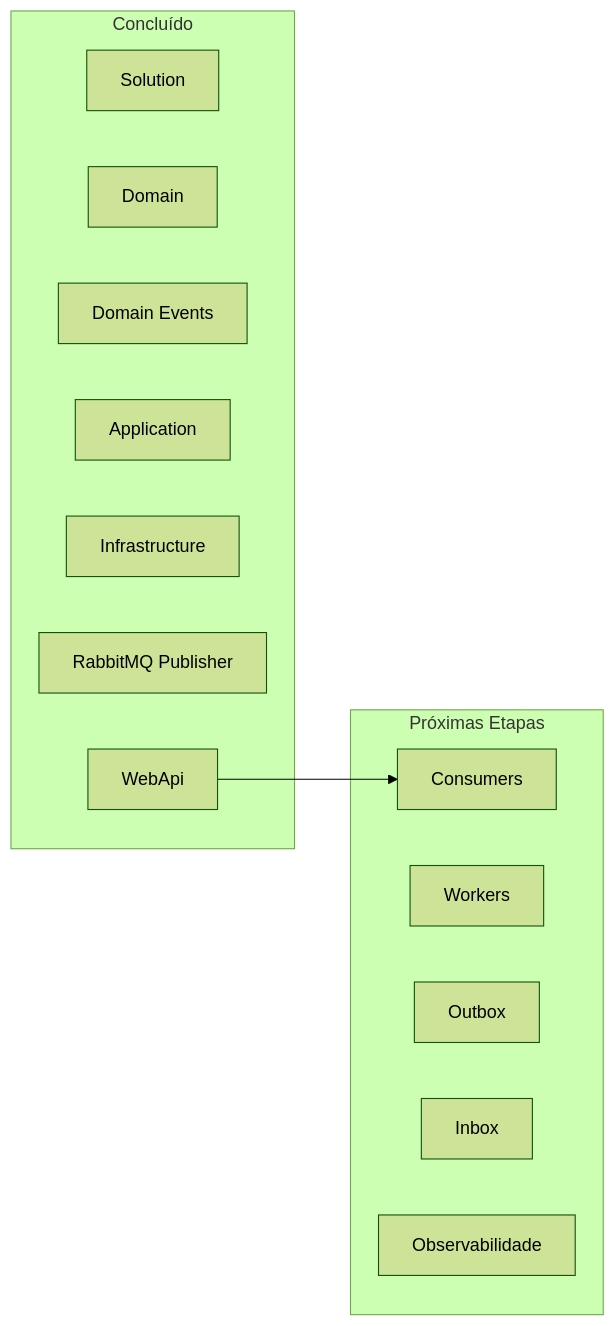
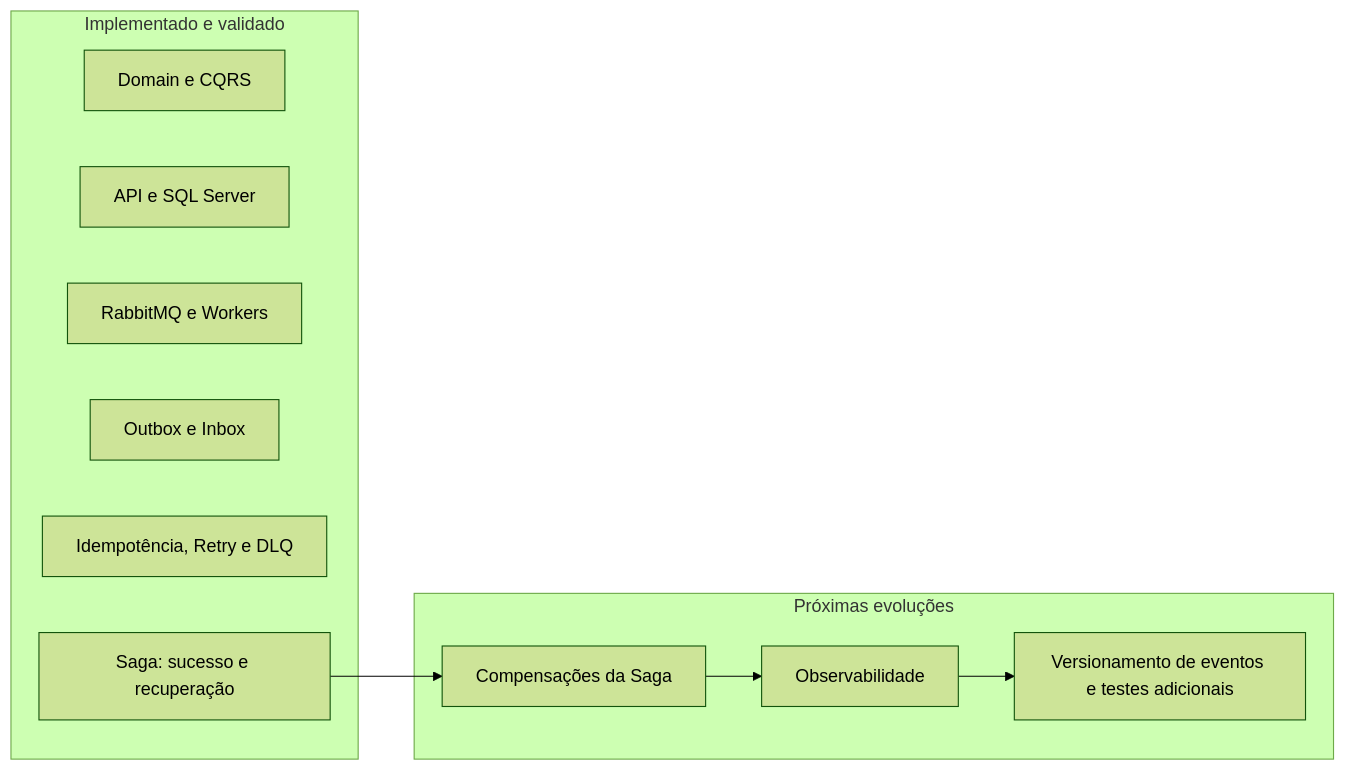
One commit to MarcosMj2rs/OrderFlow changed the fourth of 4 diagrams in docs/diagrams/Evolucao-da-Arquitetura.md. Above: the diagram before and after it, drawn with Mermaid (forest theme). The commit also changed other lines of this file and 8 other files, not shown here.

Commit message:
docs(saga): consolidate architecture and recovery documentation

````diff
--- a/docs/diagrams/Evolucao-da-Arquitetura.md
+++ b/docs/diagrams/Evolucao-da-Arquitetura.md
@@ -349,22 +300,21 @@
-``` mermaid
+```mermaid
 flowchart LR
-    subgraph Concluído
-        A[Solution]
-        B[Domain]
-        C[Domain Events]
-        D[Application]
-        E[Infrastructure]
-        F[RabbitMQ Publisher]
-        G[WebApi]
+    subgraph Implementado_e_validado[Implementado e validado]
+        A[Domain e CQRS]
+        B[API e SQL Server]
+        C[RabbitMQ e Workers]
+        D[Outbox e Inbox]
+        E[Idempotência, Retry e DLQ]
+        F[Saga: sucesso e recuperação]
     end
 
-    subgraph Próximas Etapas
-        H[Consumers]
-        I[Workers]
-        J[Outbox]
-        K[Inbox]
-        L[Observabilidade]
+    subgraph Proximas_evolucoes[Próximas evoluções]
+        G[Compensações da Saga]
+        H[Observabilidade]
+        I[Versionamento de eventos e testes adicionais]
     end
 
+    F --> G
     G --> H
+    H --> I
 ```
````
